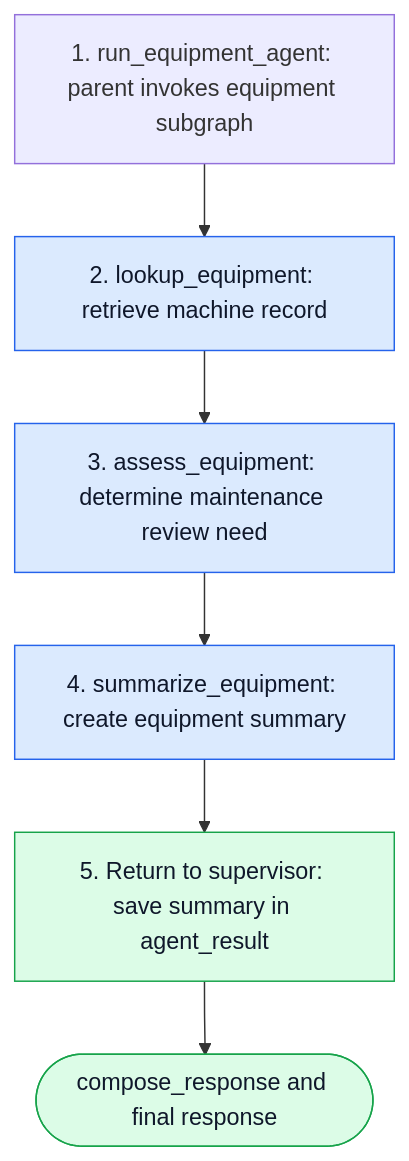
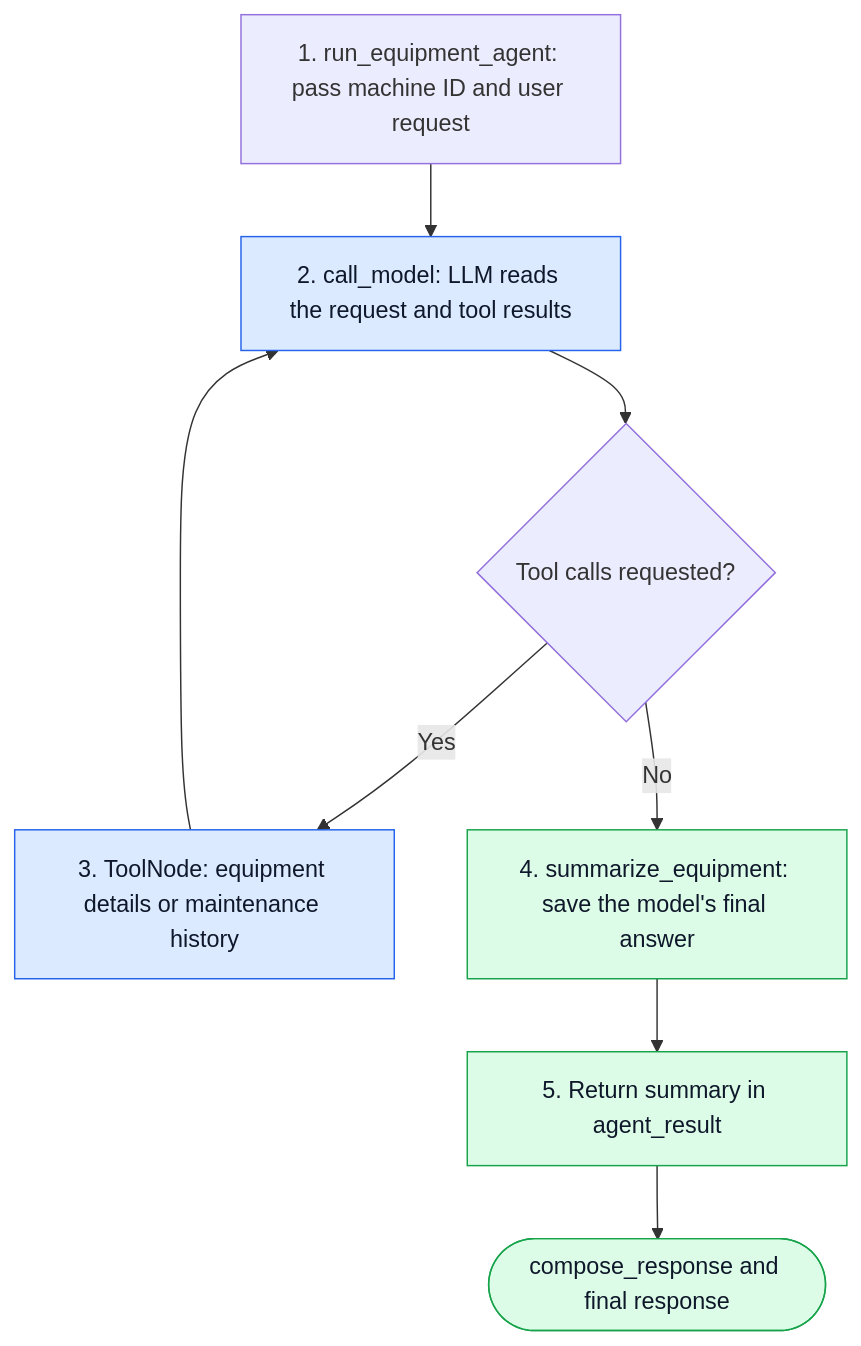
One commit to Sol1986/Manufacturing-AI-Operations-Agent changed the second of 5 diagrams in README.md. Above: the diagram before and after it, drawn with Mermaid. The commit also changed other lines of this file and 23 other files, not shown here.

````diff
--- a/README.md
+++ b/README.md
@@ -157,17 +156,21 @@
 ```mermaid
 flowchart TD
-    invokeEquipment["1. run_equipment_agent: parent invokes equipment subgraph"]
-    lookupEquipment["2. lookup_equipment: retrieve machine record"]
-    assessEquipment["3. assess_equipment: determine maintenance review need"]
-    summarizeEquipment["4. summarize_equipment: create equipment summary"]
-    returnEquipment["5. Return to supervisor: save summary in agent_result"]
+    invokeEquipment["1. run_equipment_agent: pass machine ID and user request"]
+    callModel["2. call_model: LLM reads the request and tool results"]
+    needsTools{"Tool calls requested?"}
+    executeTools["3. ToolNode: equipment details or maintenance history"]
+    summarizeEquipment["4. summarize_equipment: save the model's final answer"]
+    returnEquipment["5. Return summary in agent_result"]
     composeEquipment(["compose_response and final response"])
 
-    invokeEquipment --> lookupEquipment --> assessEquipment --> summarizeEquipment
+    invokeEquipment --> callModel --> needsTools
+    needsTools -->|"Yes"| executeTools
+    executeTools --> callModel
+    needsTools -->|"No"| summarizeEquipment
     summarizeEquipment --> returnEquipment --> composeEquipment
 
     classDef process fill:#dbeafe,stroke:#2563eb,color:#0f172a;
     classDef result fill:#dcfce7,stroke:#16a34a,color:#0f172a;
-    class lookupEquipment,assessEquipment,summarizeEquipment process;
-    class returnEquipment,composeEquipment result;
+    class callModel,executeTools process;
+    class summarizeEquipment,returnEquipment,composeEquipment result;
 ```
````
